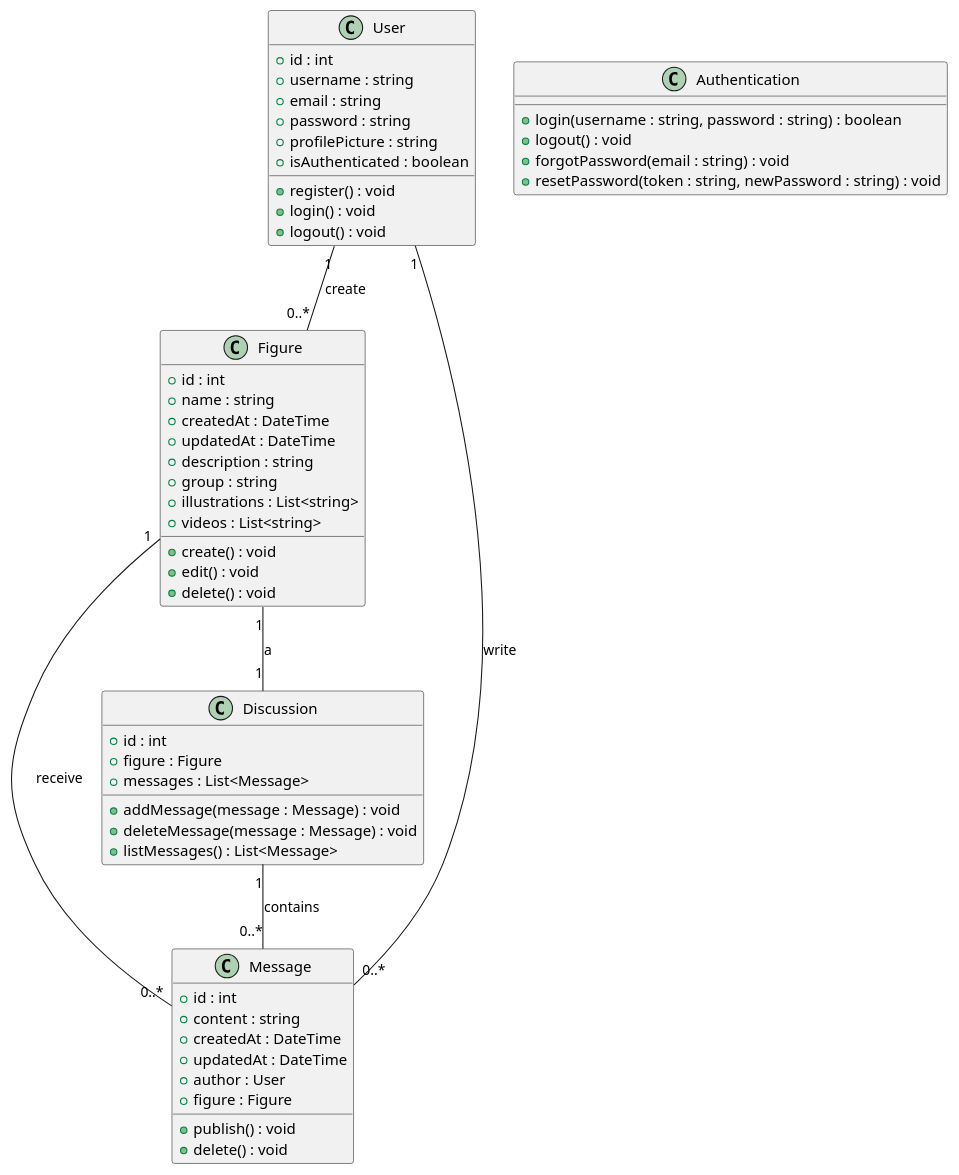
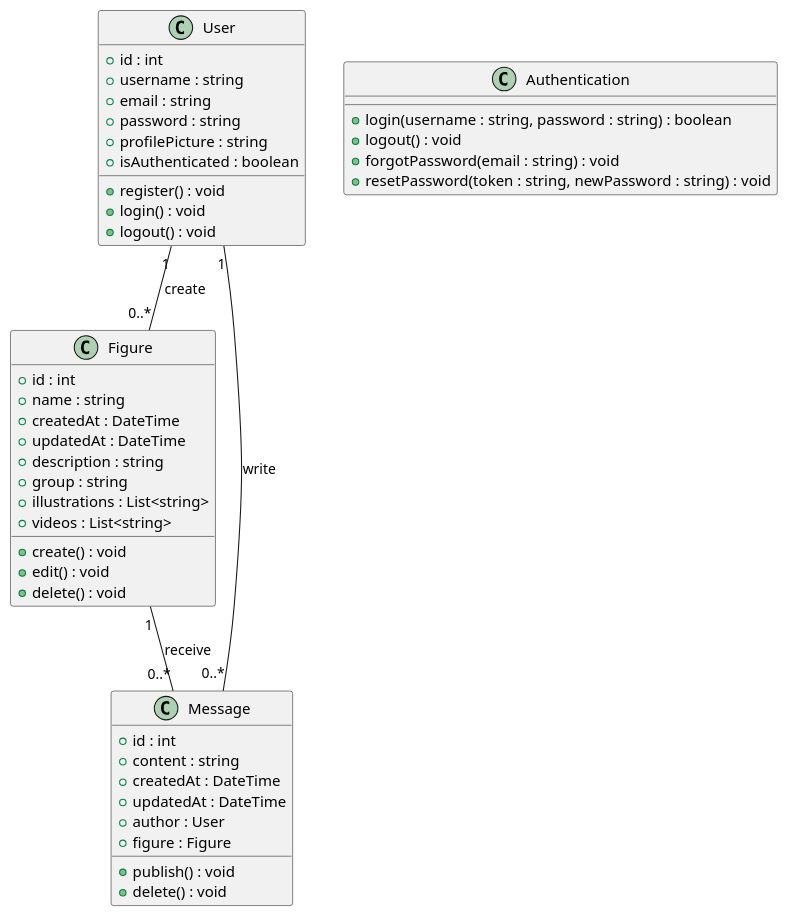
Before and after one commit to Raphael-Marchese/snowTricks: the diagram in diagrams/class-diagram.puml, drawn with PlantUML. The commit also changed 1 other file, not shown here.

Commit message:
Add db schema and update class diagram

```diff
--- a/diagrams/class-diagram.puml
+++ b/diagrams/class-diagram.puml
@@ -1,61 +1,50 @@
 @startuml
 class User {
     + id : int
     + username : string
     + email : string
     + password : string
     + profilePicture : string
     + isAuthenticated : boolean
     + register() : void
     + login() : void
     + logout() : void
 }
 
 class Figure {
     + id : int
     + name : string
     + createdAt : DateTime
     + updatedAt : DateTime
     + description : string
     + group : string
     + illustrations : List<string>
     + videos : List<string>
     + create() : void
     + edit() : void
     + delete() : void
 }
 
 class Message {
     + id : int
     + content : string
     + createdAt : DateTime
     + updatedAt : DateTime
     + author : User
     + figure : Figure
     + publish() : void
     + delete() : void
 }
 
-class Discussion {
-    + id : int
-    + figure : Figure
-    + messages : List<Message>
-    + addMessage(message : Message) : void
-    + deleteMessage(message : Message) : void
-    + listMessages() : List<Message>
-}
-
 class Authentication {
     + login(username : string, password : string) : boolean
     + logout() : void
     + forgotPassword(email : string) : void
     + resetPassword(token : string, newPassword : string) : void
 }
 
 User "1" -- "0..*" Figure : create
 User "1" -- "0..*" Message : write
 Figure "1" -- "0..*" Message : receive
-Figure "1" -- "1" Discussion : a
-Discussion "1" -- "0..*" Message : contains
 
 @enduml
```
